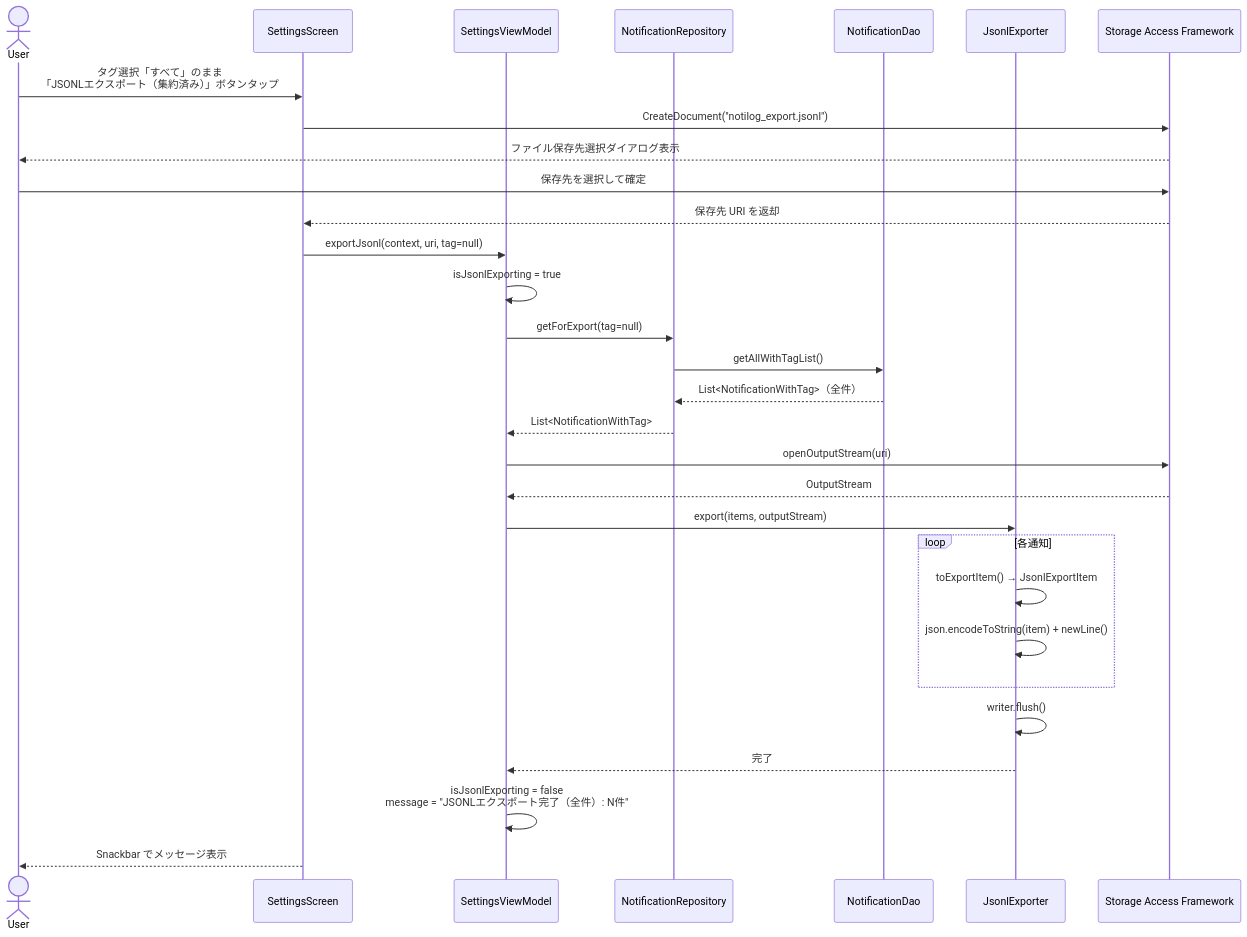
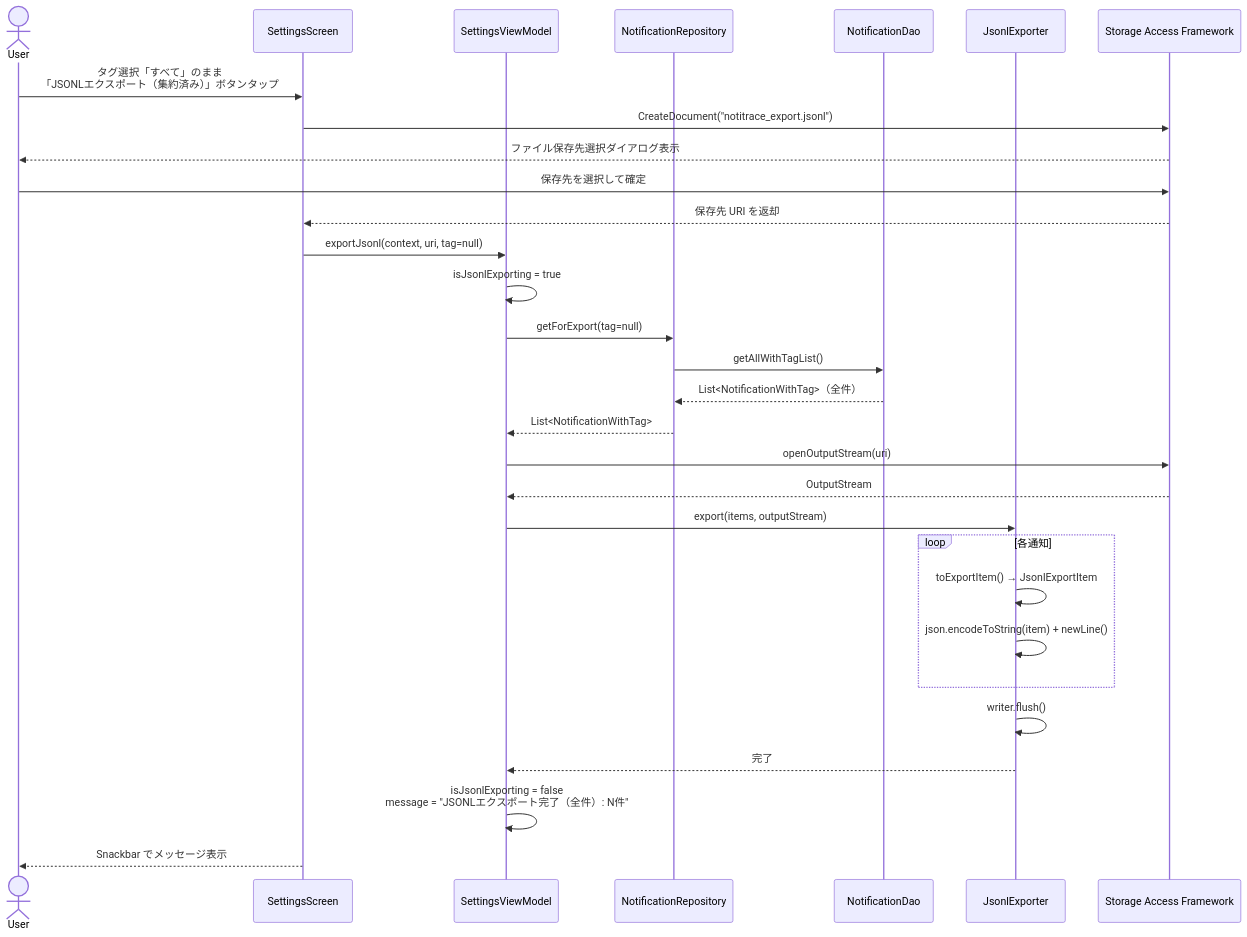
The first of 3 diagrams in docs/sequence-jsonl-export.md (nakasho-dev/NotiLog), drawn with Mermaid before and after one commit. The commit also changed other lines of this file and 146 other files, not shown here.

````diff
--- a/docs/sequence-jsonl-export.md
+++ b/docs/sequence-jsonl-export.md
@@ -10,38 +10,38 @@
 ```mermaid
 sequenceDiagram
     actor User
     participant SettingsScreen
     participant SettingsViewModel
     participant NotificationRepository
     participant NotificationDao
     participant JsonlExporter
     participant SAF as Storage Access Framework
 
     User->>SettingsScreen: タグ選択「すべて」のまま<br/>「JSONLエクスポート（集約済み）」ボタンタップ
-    SettingsScreen->>SAF: CreateDocument("notilog_export.jsonl")
+    SettingsScreen->>SAF: CreateDocument("notitrace_export.jsonl")
     SAF-->>User: ファイル保存先選択ダイアログ表示
     User->>SAF: 保存先を選択して確定
     SAF-->>SettingsScreen: 保存先 URI を返却
 
     SettingsScreen->>SettingsViewModel: exportJsonl(context, uri, tag=null)
     SettingsViewModel->>SettingsViewModel: isJsonlExporting = true
 
     SettingsViewModel->>NotificationRepository: getForExport(tag=null)
     NotificationRepository->>NotificationDao: getAllWithTagList()
     NotificationDao-->>NotificationRepository: List<NotificationWithTag>（全件）
     NotificationRepository-->>SettingsViewModel: List<NotificationWithTag>
 
     SettingsViewModel->>SAF: openOutputStream(uri)
     SAF-->>SettingsViewModel: OutputStream
 
     SettingsViewModel->>JsonlExporter: export(items, outputStream)
     loop 各通知
         JsonlExporter->>JsonlExporter: toExportItem() → JsonlExportItem
         JsonlExporter->>JsonlExporter: json.encodeToString(item) + newLine()
     end
     JsonlExporter->>JsonlExporter: writer.flush()
     JsonlExporter-->>SettingsViewModel: 完了
 
     SettingsViewModel->>SettingsViewModel: isJsonlExporting = false<br/>message = "JSONLエクスポート完了（全件）: N件"
     SettingsScreen-->>User: Snackbar でメッセージ表示
 ```
````
